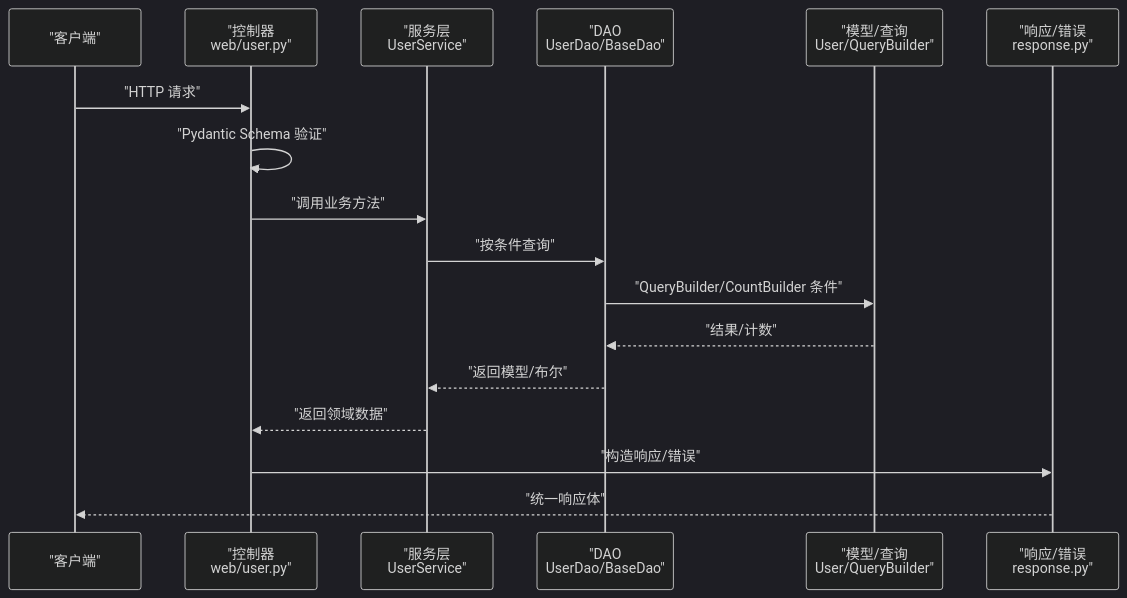
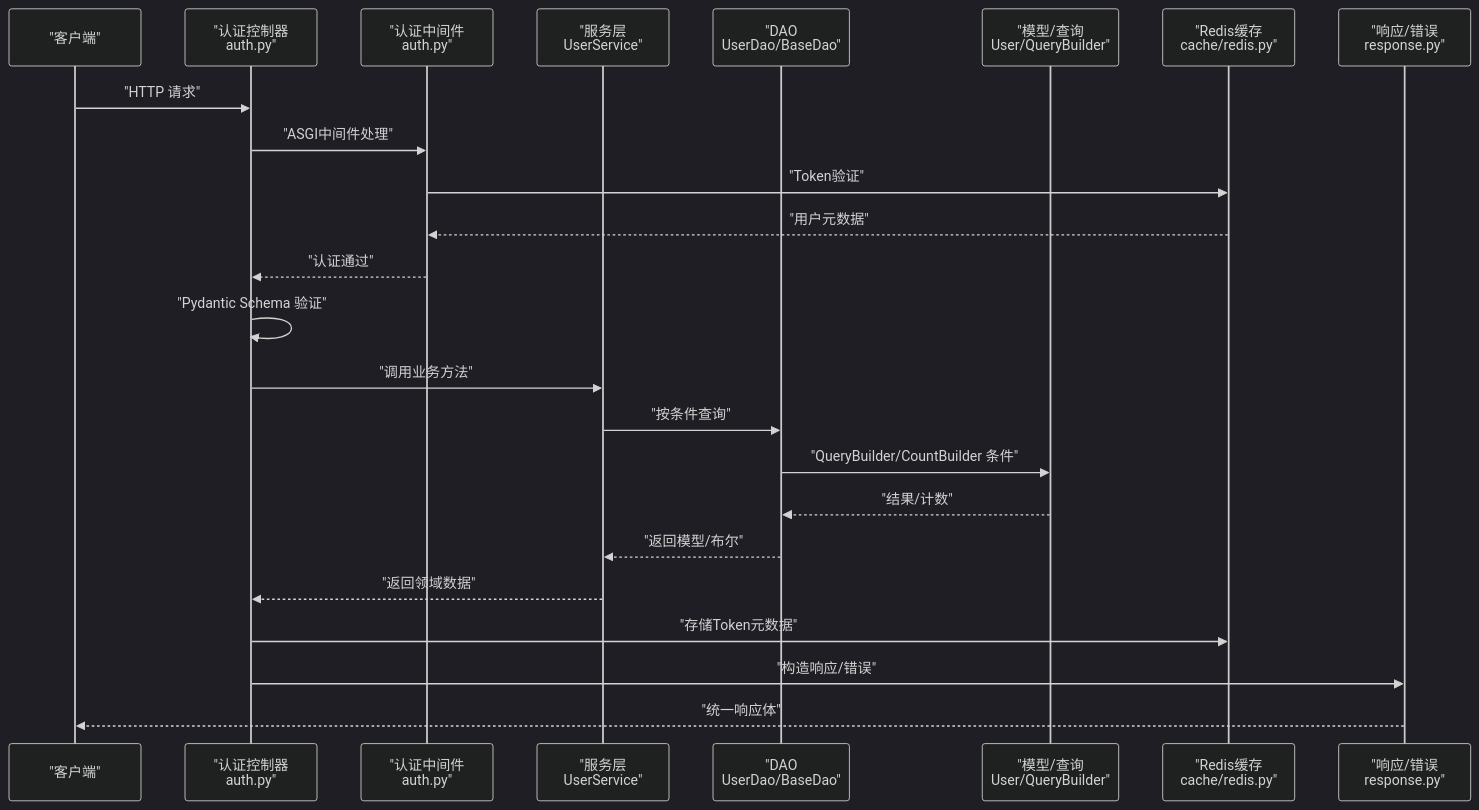
The second of 9 diagrams in .qoder/repowiki/zh/content/数据模型/数据验证规则.md (lilinzezzzzzz/fastapi-backend), drawn with Mermaid (dark theme) before and after one commit. The commit also changed other lines of this file and 38 other files, not shown here.

````diff
--- a/.qoder/repowiki/zh/content/数据模型/数据验证规则.md
+++ b/.qoder/repowiki/zh/content/数据模型/数据验证规则.md
@@ -147,19 +181,26 @@
 ```mermaid
 sequenceDiagram
 participant Client as "客户端"
-participant API as "控制器<br/>web/user.py"
+participant API as "认证控制器<br/>auth.py"
+participant AUTH as "认证中间件<br/>auth.py"
 participant SVC as "服务层<br/>UserService"
 participant DAO as "DAO<br/>UserDao/BaseDao"
 participant ORM as "模型/查询<br/>User/QueryBuilder"
+participant CACHE as "Redis缓存<br/>cache/redis.py"
 participant RESP as "响应/错误<br/>response.py"
 Client->>API : "HTTP 请求"
+API->>AUTH : "ASGI中间件处理"
+AUTH->>CACHE : "Token验证"
+CACHE-->>AUTH : "用户元数据"
+AUTH-->>API : "认证通过"
 API->>API : "Pydantic Schema 验证"
 API->>SVC : "调用业务方法"
 SVC->>DAO : "按条件查询"
 DAO->>ORM : "QueryBuilder/CountBuilder 条件"
 ORM-->>DAO : "结果/计数"
 DAO-->>SVC : "返回模型/布尔"
 SVC-->>API : "返回领域数据"
+API->>CACHE : "存储Token元数据"
 API->>RESP : "构造响应/错误"
 RESP-->>Client : "统一响应体"
 ```
````
